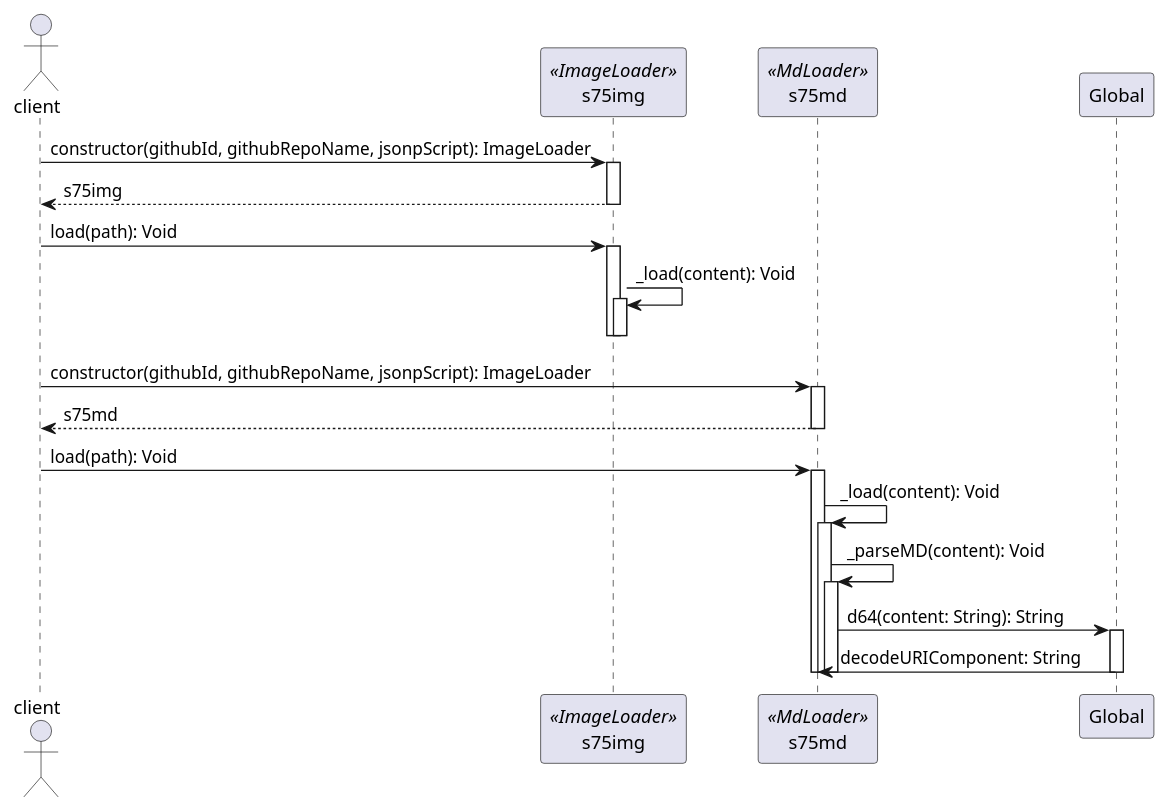
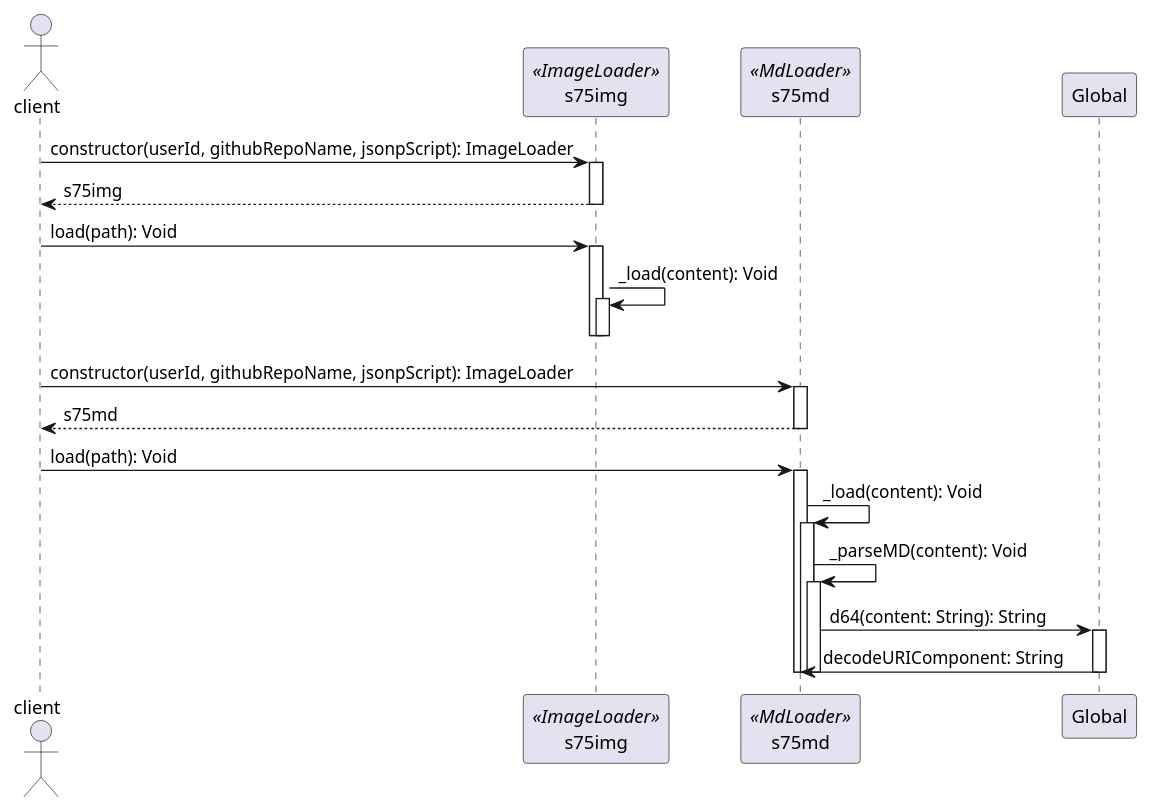
One commit to expert0226/codespitz changed the second of 8 diagrams in src/main/resources/codespitz79/designpattern/day02/day02.adoc. Above: the diagram before and after it, drawn with PlantUML. The commit also changed other lines of this file and 4 other files, not shown here.

```diff
--- a/src/main/resources/codespitz79/designpattern/day02/day02.adoc
+++ b/src/main/resources/codespitz79/designpattern/day02/day02.adoc
@@ -100,35 +100,35 @@
 [plantuml, templatePattern_sequence, png]
 .....
 actor client
 participant s75img <<ImageLoader>>
 participant s75md <<MdLoader>>
 
-client -> s75img: constructor(githubId, githubRepoName, jsonpScript): ImageLoader
+client -> s75img: constructor(userId, githubRepoName, jsonpScript): ImageLoader
 activate s75img
 return s75img
 
 client -> s75img: load(path): Void
 activate s75img
     s75img -> s75img: _load(content): Void
     activate s75img
     deactivate s75img
 deactivate s75img
 
-client -> s75md: constructor(githubId, githubRepoName, jsonpScript): ImageLoader
+client -> s75md: constructor(userId, githubRepoName, jsonpScript): ImageLoader
 activate s75md
 return s75md
 
 client -> s75md: load(path): Void
 activate s75md
     s75md -> s75md: _load(content): Void
     activate s75md
         s75md -> s75md: _parseMD(content): Void
         activate s75md
             s75md -> Global: d64(content: String): String
             activate Global
             s75md <- Global: decodeURIComponent: String
             deactivate Global
         deactivate s75md
     deactivate s75md
 deactivate s75md
 .....
```
